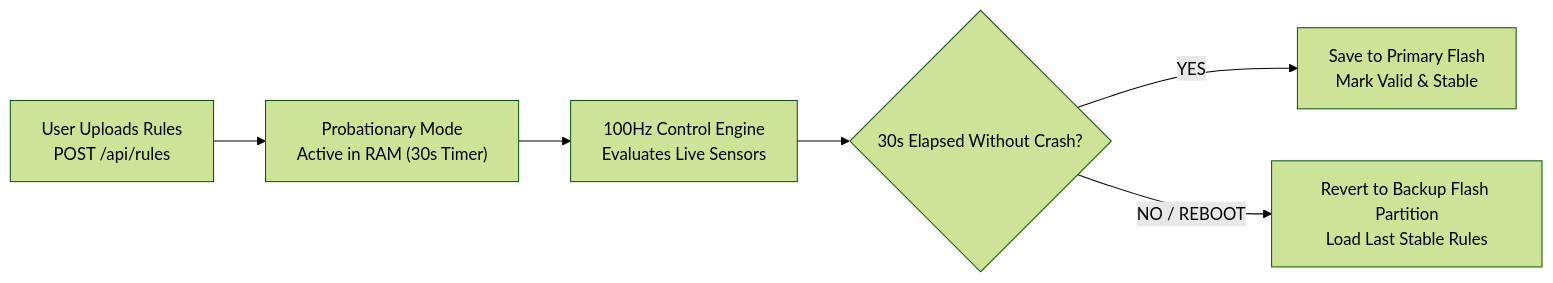
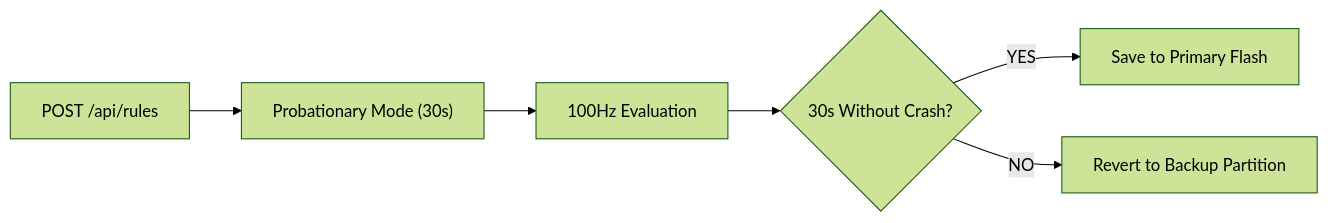
Before and after one commit to IGNOVA-SYSTEMS-INTEGRATION/KONTRX: the third of 3 diagrams in README.md, drawn with Mermaid (forest theme). The commit also changed other lines of this file, not shown here.

````diff
--- a/README.md
+++ b/README.md
@@ -402,8 +444,8 @@
 ```mermaid
 graph LR
-    SUBMIT["User Uploads Rules<br/>POST /api/rules"] --> PROBATION["Probationary Mode<br/>Active in RAM (30s Timer)"]
-    PROBATION --> EVAL["100Hz Control Engine<br/>Evaluates Live Sensors"]
-    EVAL --> STABLE{"30s Elapsed Without Crash?"}
-    STABLE -- YES --> COMMIT["Save to Primary Flash<br/>Mark Valid & Stable"]
-    STABLE -- NO / REBOOT --> ROLLBACK["Revert to Backup Flash Partition<br/>Load Last Stable Rules"]
+    SUBMIT["POST /api/rules"] --> PROBATION["Probationary Mode (30s)"]
+    PROBATION --> EVAL["100Hz Evaluation"]
+    EVAL --> STABLE{"30s Without Crash?"}
+    STABLE -- YES --> COMMIT["Save to Primary Flash"]
+    STABLE -- NO --> ROLLBACK["Revert to Backup Partition"]
 ```
````
